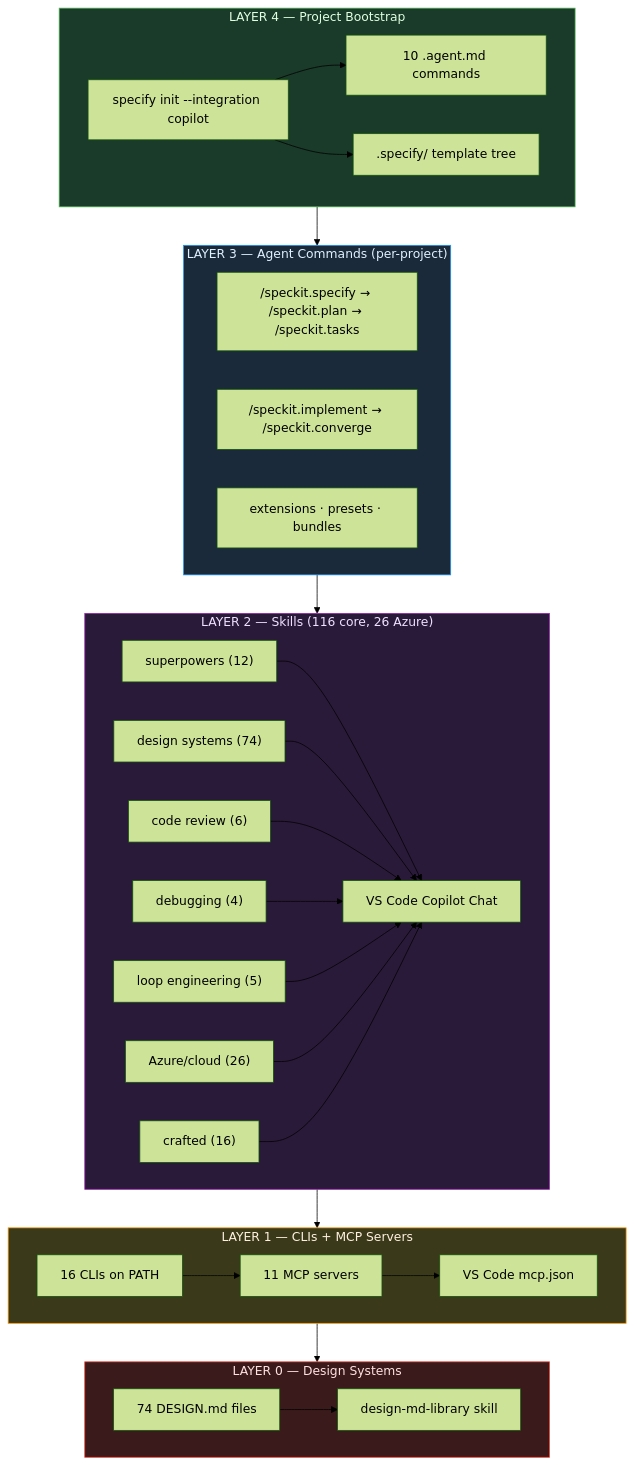
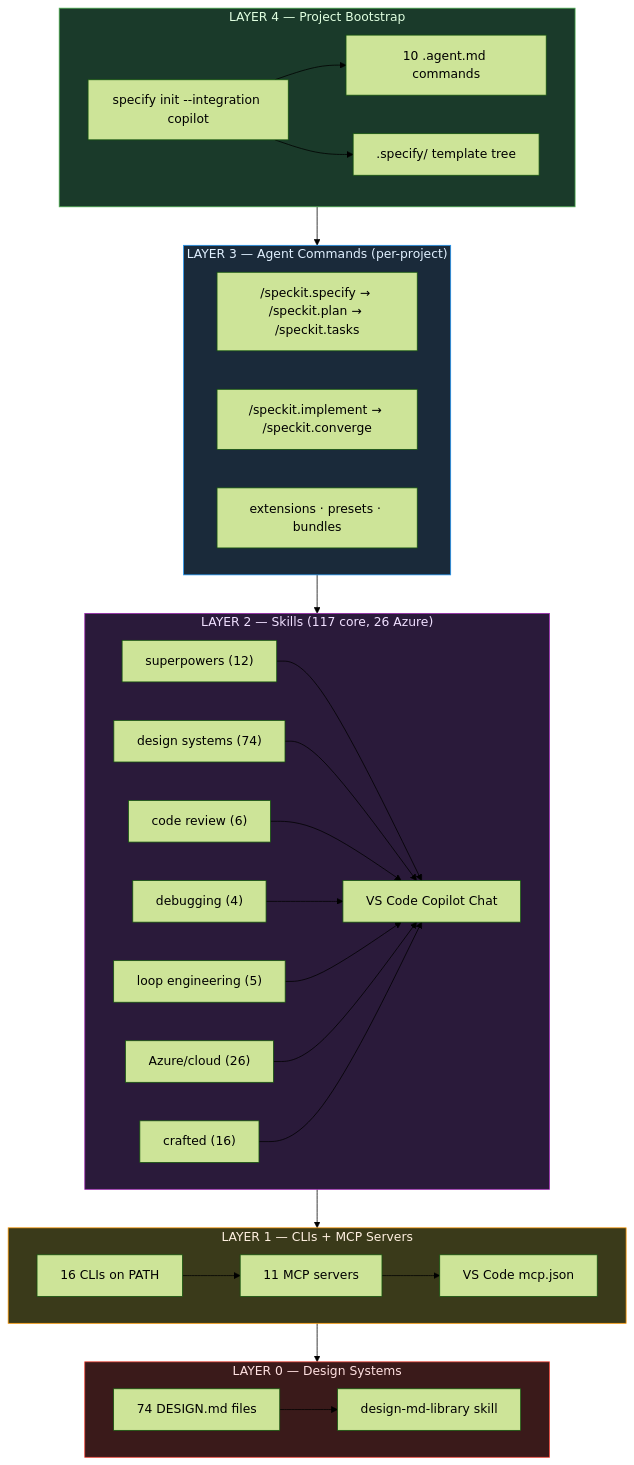
Before and after one commit to JZKK720/cubecloud-skilldbundle-setup: the diagram in README.md, drawn with Mermaid (forest theme). The commit also changed other lines of this file and 1 other file, not shown here.

Commit message:
Update README (145 skills, 33 forks) and add CHANGELOG for archify v1.1.0

````diff
--- a/README.md
+++ b/README.md
@@ -33,48 +33,48 @@
 ```mermaid
 graph TB
     subgraph L4["LAYER 4 — Project Bootstrap"]
         SPEC["specify init --integration copilot"]
         AGENTS["10 .agent.md commands"]
         TEMPLATES[".specify/ template tree"]
         SPEC --> AGENTS
         SPEC --> TEMPLATES
     end
 
     subgraph L3["LAYER 3 — Agent Commands (per-project)"]
         SD["/speckit.specify → /speckit.plan → /speckit.tasks"]
         IM["/speckit.implement → /speckit.converge"]
         EXT["extensions · presets · bundles"]
     end
 
-    subgraph L2["LAYER 2 — Skills (116 core, 26 Azure)"]
+    subgraph L2["LAYER 2 — Skills (117 core, 26 Azure)"]
         direction LR
         METH["superpowers (12)"] --> COPILOT["VS Code Copilot Chat"]
         DSN["design systems (74)"] --> COPILOT
         REV["code review (6)"] --> COPILOT
         DBG["debugging (4)"] --> COPILOT
         LOOP["loop engineering (5)"] --> COPILOT
         AZURE["Azure/cloud (26)"] --> COPILOT
         CRAFT["crafted (16)"] --> COPILOT
     end
 
     subgraph L1["LAYER 1 — CLIs + MCP Servers"]
         direction LR
         CLI["16 CLIs on PATH"] --> MCP["11 MCP servers"]
         MCP --> VSCODE["VS Code mcp.json"]
     end
 
     subgraph L0["LAYER 0 — Design Systems"]
         D74["74 DESIGN.md files"] --> LIB["design-md-library skill"]
     end
 
     L4 --> L3
     L3 --> L2
     L2 --> L1
     L1 --> L0
 
     style L4 fill:#1a3a2a,stroke:#4caf50,color:#e0ffe0
     style L3 fill:#1a2a3a,stroke:#2196f3,color:#e0f0ff
     style L2 fill:#2a1a3a,stroke:#9c27b0,color:#f0e0ff
     style L1 fill:#3a3a1a,stroke:#ff9800,color:#fff0e0
     style L0 fill:#3a1a1a,stroke:#f44336,color:#ffe0e0
 ```
````
